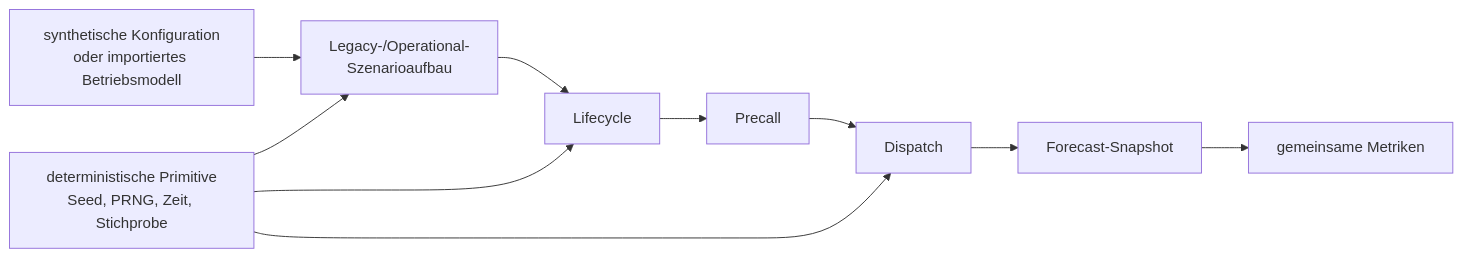
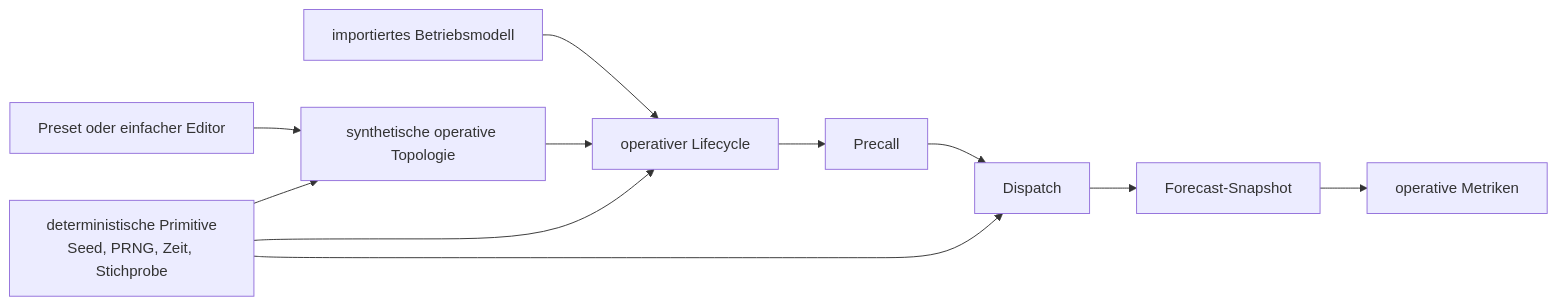
The sixth of 8 diagrams in docs/architecture/arc42/05-bausteinsicht.md (aguther/rundflug-leitstand), drawn with Mermaid before and after one commit. The commit also changed other lines of this file and 71 other files, not shown here.

````diff
--- a/docs/architecture/arc42/05-bausteinsicht.md
+++ b/docs/architecture/arc42/05-bausteinsicht.md
@@ -206,9 +206,10 @@
 ```mermaid
 flowchart LR
-    CONFIG["synthetische Konfiguration<br/>oder importiertes Betriebsmodell"] --> SCENARIO["Legacy-/Operational-<br/>Szenarioaufbau"]
-    PRIMITIVES["deterministische Primitive<br/>Seed, PRNG, Zeit, Stichprobe"] --> SCENARIO
-    SCENARIO --> LIFE["Lifecycle"] --> PRECALL["Precall"] --> DISPATCH["Dispatch"] --> SNAPSHOT["Forecast-Snapshot"]
+    PRESET["Preset oder einfacher Editor"] --> ADAPTER["synthetische operative Topologie"]
+    IMPORT["importiertes Betriebsmodell"] --> LIFE
+    ADAPTER --> LIFE["operativer Lifecycle"] --> PRECALL["Precall"] --> DISPATCH["Dispatch"] --> SNAPSHOT["Forecast-Snapshot"]
+    PRIMITIVES["deterministische Primitive<br/>Seed, PRNG, Zeit, Stichprobe"] --> ADAPTER
     PRIMITIVES --> LIFE
     PRIMITIVES --> DISPATCH
-    SNAPSHOT --> METRICS["gemeinsame Metriken"]
+    SNAPSHOT --> METRICS["operative Metriken"]
 ```
````
